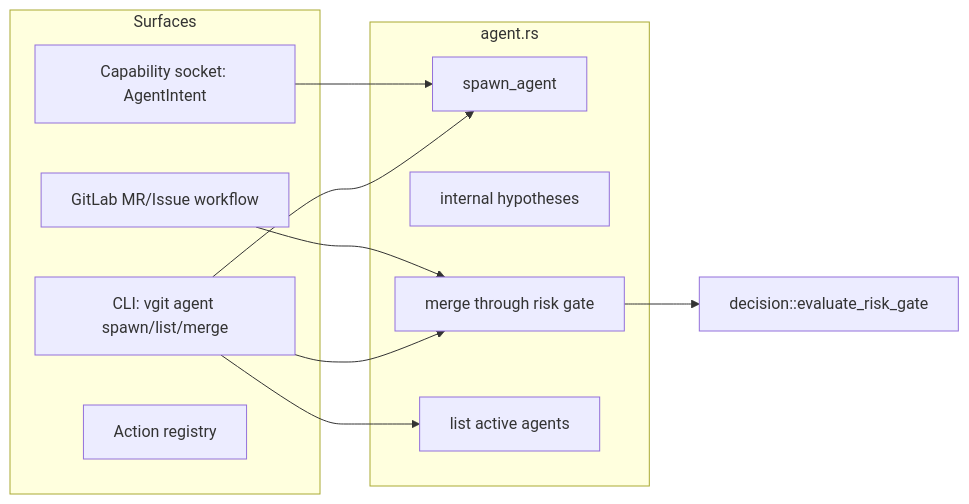
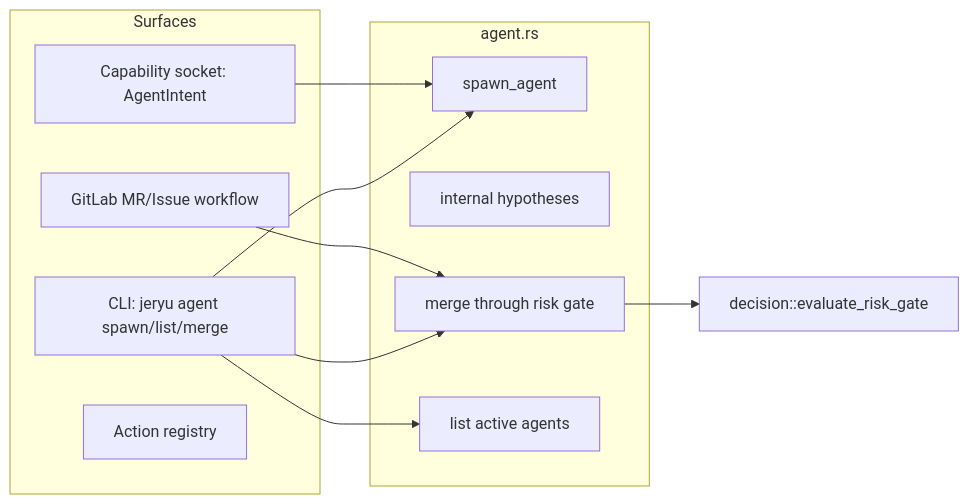
The fifth of 7 diagrams in docs/ARCHITECTURE.md (jeppsontaylor/JeRyu), drawn with Mermaid before and after one commit. The commit also changed other lines of this file and 224 other files, not shown here.

Commit message:
feat: complete JeRyu transition and architecture updates

````diff
--- a/docs/ARCHITECTURE.md
+++ b/docs/ARCHITECTURE.md
@@ -448,23 +458,23 @@
 ```mermaid
 flowchart LR
     subgraph Surfaces
-        CLI["CLI: vgit agent spawn/list/merge"]
+        CLI["CLI: jeryu agent spawn/list/merge"]
         GL["GitLab MR/Issue workflow"]
         Cap["Capability socket: AgentIntent"]
         Actions["Action registry"]
     end
 
     subgraph Agent_System["agent.rs"]
         Spawn["spawn_agent"]
         Race["internal hypotheses"]
         Merge["merge through risk gate"]
         List["list active agents"]
     end
 
     CLI --> Spawn
     CLI --> List
     CLI --> Merge
     Cap --> Spawn
     GL --> Merge
     Merge --> RG["decision::evaluate_risk_gate"]
 ```
````
